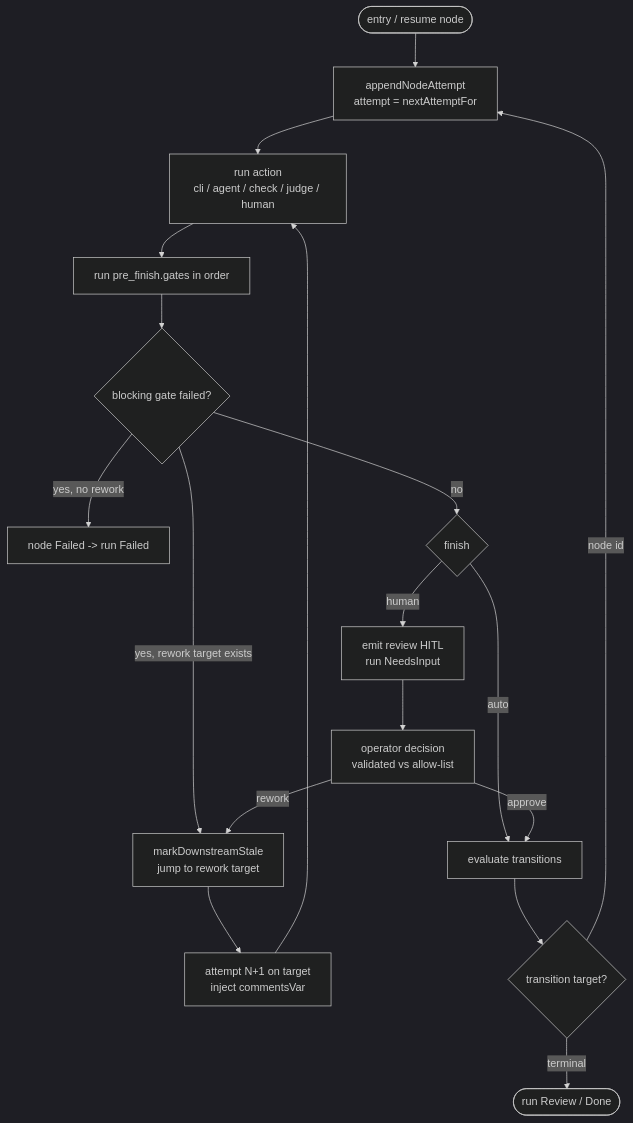
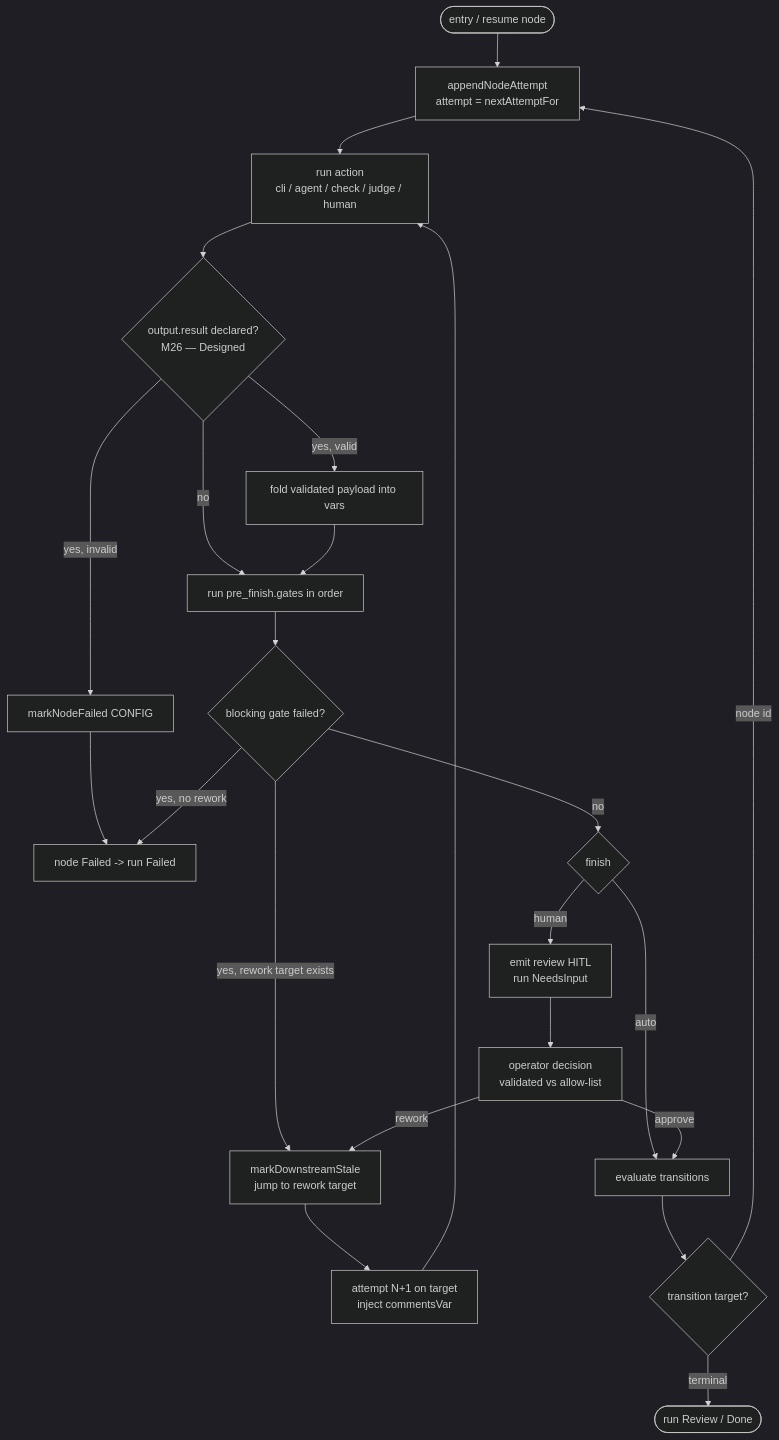
Before and after one commit to maister-dev/maister: the third of 6 diagrams in docs/system-analytics/flow-graph.md, drawn with Mermaid (dark theme). The commit also changed other lines of this file and 4 other files, not shown here.

First line of the commit message:
docs(m26): Phase 0 spec-freeze — SDD spec + flow-dsl/flow-graph/configuration analytics

````diff
--- a/docs/system-analytics/flow-graph.md
+++ b/docs/system-analytics/flow-graph.md
@@ -129,20 +129,25 @@
 ```mermaid
 flowchart TD
     Entry([entry / resume node]) --> Append[appendNodeAttempt<br/>attempt = nextAttemptFor]
     Append --> Act[run action<br/>cli / agent / check / judge / human]
-    Act --> Gates[run pre_finish.gates in order]
+    Act --> Validate{output.result declared?<br/>M26 — Designed}
+    Validate -- no --> Gates[run pre_finish.gates in order]
+    Validate -- yes, valid --> FoldVars[fold validated payload into vars]
+    Validate -- yes, invalid --> FailCfg[markNodeFailed CONFIG]
+    FoldVars --> Gates
+    FailCfg --> Fail[node Failed -> run Failed]
     Gates --> Block{blocking gate failed?}
     Block -- yes, rework target exists --> Stale[markDownstreamStale<br/>jump to rework target]
     Block -- yes, no rework --> Fail[node Failed -> run Failed]
     Block -- no --> Finish{finish}
     Finish -- auto --> Pick[evaluate transitions]
     Finish -- human --> Hitl[emit review HITL<br/>run NeedsInput]
     Hitl --> Decision[operator decision<br/>validated vs allow-list]
     Decision -- approve --> Pick
     Decision -- rework --> Stale
     Stale --> NextAttempt[attempt N+1 on target<br/>inject commentsVar]
     NextAttempt --> Act
     Pick --> More{transition target?}
     More -- node id --> Append
     More -- terminal --> Done([run Review / Done])
 ```
````
